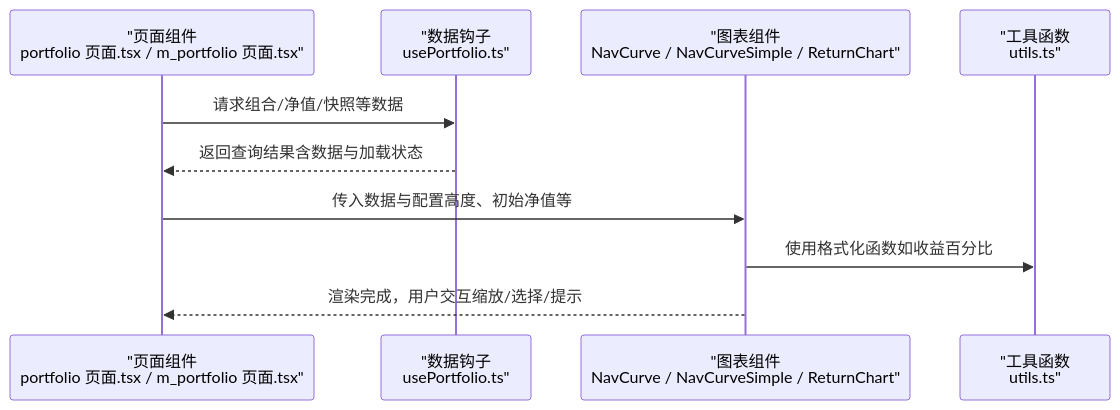
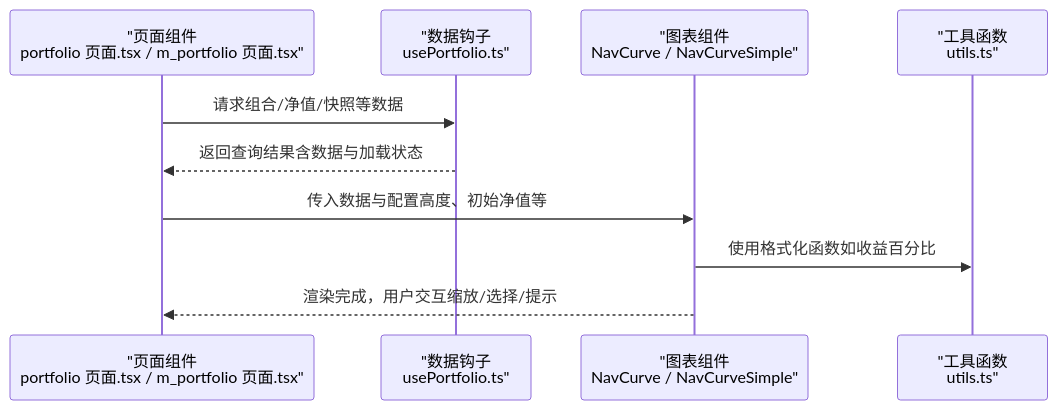
Before and after one commit to gujialind/InvestRing: the second of 6 diagrams in .qoder/repowiki/zh/content/前端应用架构/组件系统架构/图表组件.md, drawn with Mermaid. The commit also changed other lines of this file and 32 other files, not shown here.

````diff
--- a/.qoder/repowiki/zh/content/前端应用架构/组件系统架构/图表组件.md
+++ b/.qoder/repowiki/zh/content/前端应用架构/组件系统架构/图表组件.md
@@ -91,12 +93,12 @@
 ```mermaid
 sequenceDiagram
 participant Page as "页面组件<br/>portfolio 页面.tsx / m_portfolio 页面.tsx"
 participant Hook as "数据钩子<br/>usePortfolio.ts"
-participant Chart as "图表组件<br/>NavCurve / NavCurveSimple / ReturnChart"
+participant Chart as "图表组件<br/>NavCurve / NavCurveSimple"
 participant Utils as "工具函数<br/>utils.ts"
 Page->>Hook : 请求组合/净值/快照等数据
 Hook-->>Page : 返回查询结果含数据与加载状态
 Page->>Chart : 传入数据与配置高度、初始净值等
 Chart->>Utils : 使用格式化函数如收益百分比
 Chart-->>Page : 渲染完成，用户交互缩放/选择/提示
 ```
````
